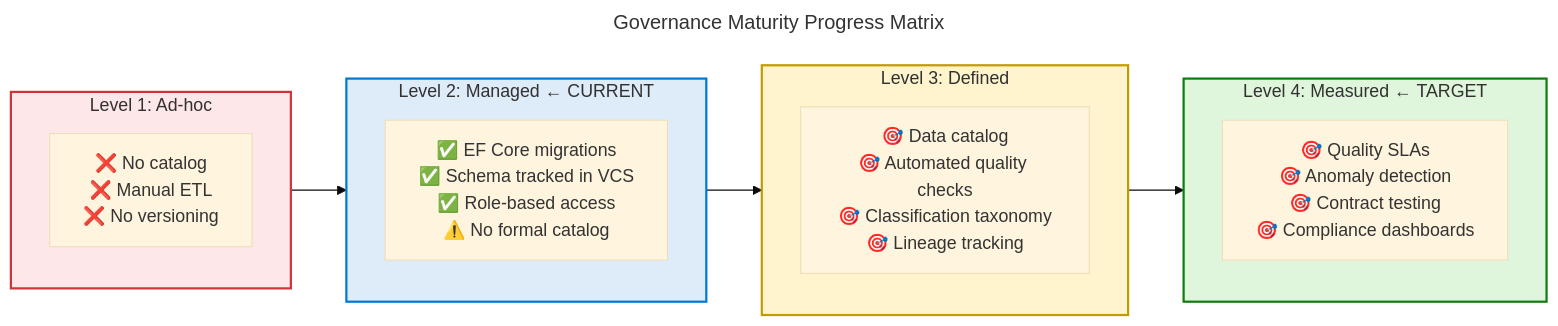
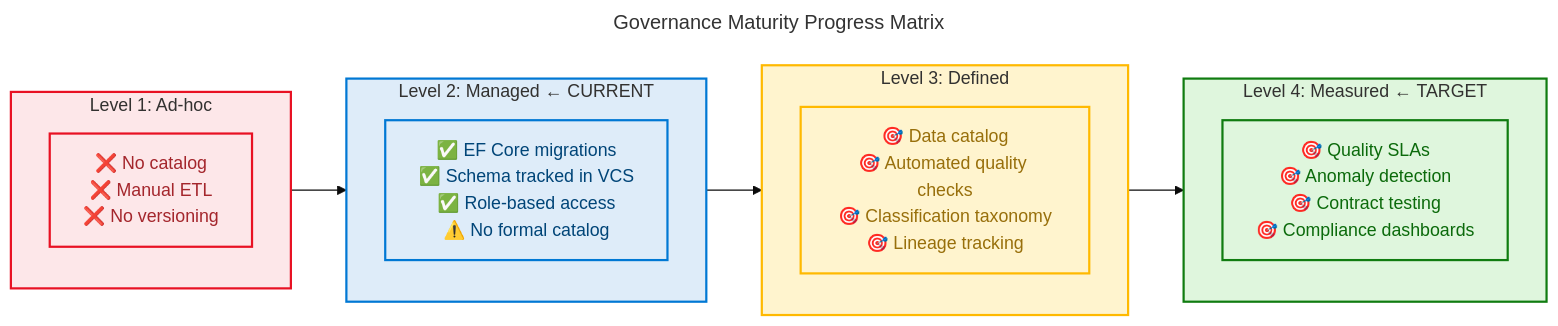
Before and after one commit to Evilazaro/IdentityProvider: the sixth of 13 diagrams in docs/architecture/data-architecture.md, drawn with Mermaid. The commit also changed other lines of this file, not shown here.

Commit message:
Enhance data architecture diagrams with accessibility features and improved styling for clarity

````diff
--- a/docs/architecture/data-architecture.md
+++ b/docs/architecture/data-architecture.md
@@ -459,41 +511,54 @@
 ```mermaid
 ---
 title: Governance Maturity Progress Matrix
 config:
   theme: base
   look: classic
   layout: dagre
   themeVariables:
     fontSize: '16px'
   flowchart:
     htmlLabels: true
 ---
 flowchart LR
     accTitle: Governance Maturity Progress Matrix
     accDescr: Matrix showing the progression from current Level 2 governance maturity through intermediate improvements to the target Level 4 state
 
+    %% ── AZURE / FLUENT v1.1 ──────────────────────────────────
+    %% PHASE 1 — Structural ✔  direction explicit, nesting ≤ 3
+    %% PHASE 2 — Semantic   ✔  neutral-first, max 5 classes
+    %% PHASE 3 — Font       ✔  dark text on light bg
+    %% PHASE 4 — Accessibility ✔  accTitle + accDescr present
+    %% PHASE 5 — Standards  ✔  centralized classDefs below
+    %% ─────────────────────────────────────────────────────────
+
     subgraph L1["Level 1: Ad-hoc"]
-        L1D["❌ No catalog\n❌ Manual ETL\n❌ No versioning"]
+        L1D["❌ No catalog\n❌ Manual ETL\n❌ No versioning"]:::danger
     end
 
     subgraph L2["Level 2: Managed ← CURRENT"]
-        L2D["✅ EF Core migrations\n✅ Schema tracked in VCS\n✅ Role-based access\n⚠️ No formal catalog"]
+        L2D["✅ EF Core migrations\n✅ Schema tracked in VCS\n✅ Role-based access\n⚠️ No formal catalog"]:::core
     end
 
     subgraph L3["Level 3: Defined"]
-        L3D["🎯 Data catalog\n🎯 Automated quality checks\n🎯 Classification taxonomy\n🎯 Lineage tracking"]
+        L3D["🎯 Data catalog\n🎯 Automated quality checks\n🎯 Classification taxonomy\n🎯 Lineage tracking"]:::warning
     end
 
     subgraph L4["Level 4: Measured ← TARGET"]
-        L4D["🎯 Quality SLAs\n🎯 Anomaly detection\n🎯 Contract testing\n🎯 Compliance dashboards"]
+        L4D["🎯 Quality SLAs\n🎯 Anomaly detection\n🎯 Contract testing\n🎯 Compliance dashboards"]:::success
     end
 
     L1 --> L2
     L2 --> L3
     L3 --> L4
 
-    style L1 fill:#FDE7E9,stroke:#D13438,stroke-width:2px,color:#323130
+    classDef core fill:#DEECF9,stroke:#0078D4,stroke-width:2px,color:#004578
+    classDef success fill:#DFF6DD,stroke:#107C10,stroke-width:2px,color:#0B6A0B
+    classDef warning fill:#FFF4CE,stroke:#FFB900,stroke-width:2px,color:#986F0B
+    classDef danger fill:#FDE7E9,stroke:#E81123,stroke-width:2px,color:#A4262C
+
+    style L1 fill:#FDE7E9,stroke:#E81123,stroke-width:2px,color:#323130
     style L2 fill:#DEECF9,stroke:#0078D4,stroke-width:2px,color:#323130
-    style L3 fill:#FFF4CE,stroke:#C19C00,stroke-width:2px,color:#323130
+    style L3 fill:#FFF4CE,stroke:#FFB900,stroke-width:2px,color:#323130
     style L4 fill:#DFF6DD,stroke:#107C10,stroke-width:2px,color:#323130
 ```
````
